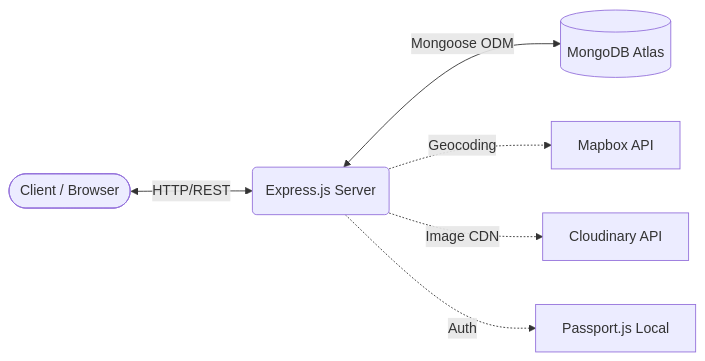
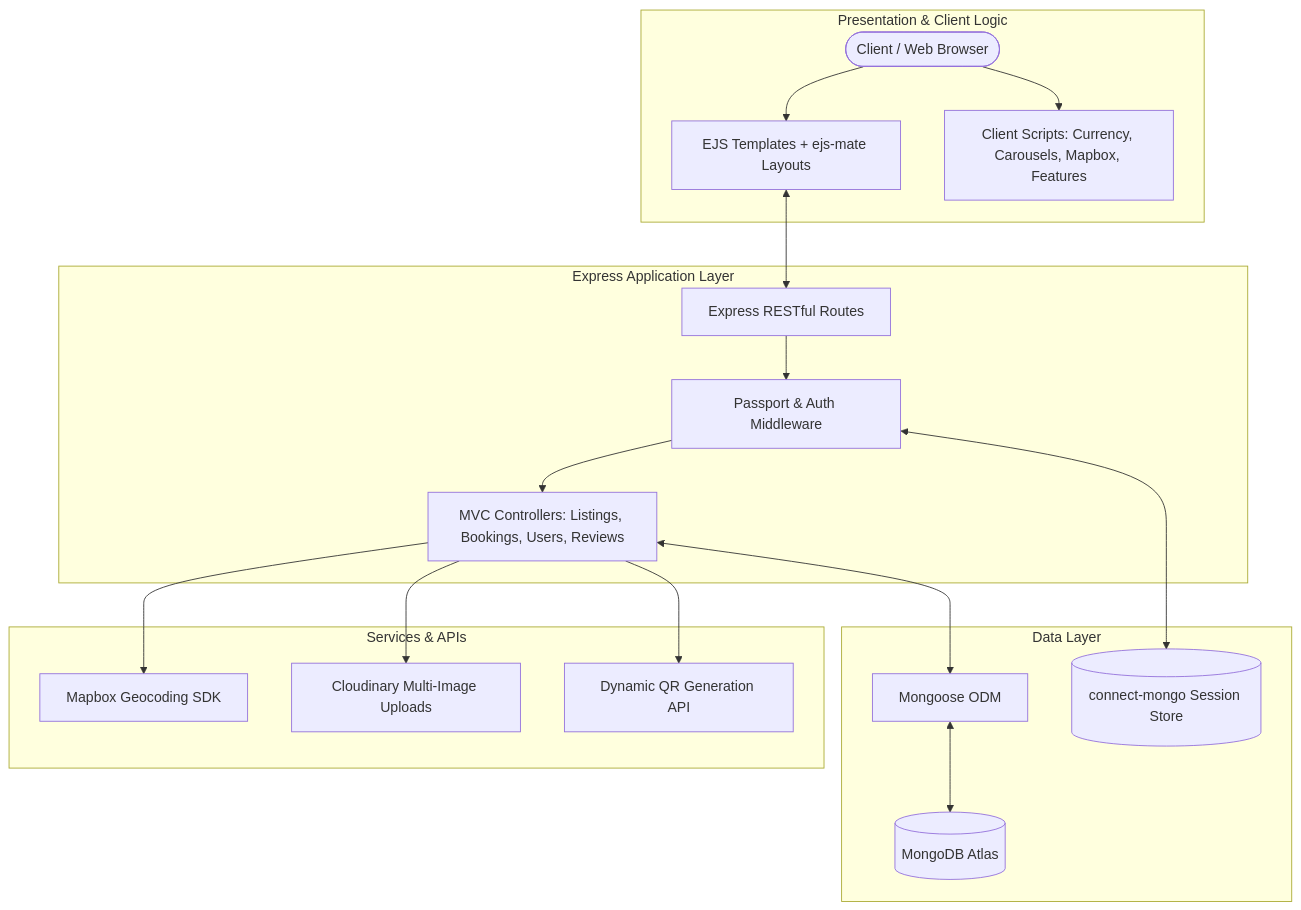
The diagram in README.md (sanskritig007/stayria), drawn with Mermaid before and after one commit. The commit also changed other lines of this file, not shown here.

Commit message:
Docs: Complete README revamp with flagship features, architecture & roadmap

````diff
--- a/README.md
+++ b/README.md
@@ -27,8 +71,27 @@
 ```mermaid
-graph LR
-    Client([Client / Browser]) <--> |HTTP/REST| Express(Express.js Server)
-    Express <--> |Mongoose ODM| DB[(MongoDB Atlas)]
-    Express -.-> |Geocoding| Mapbox[Mapbox API]
-    Express -.-> |Image CDN| Cloudinary[Cloudinary API]
-    Express -.-> |Auth| Passport[Passport.js Local]
+graph TD
+    Client([Client / Web Browser])
+
+    subgraph Presentation & Client Logic
+        Client --> EJS[EJS Templates + ejs-mate Layouts]
+        Client --> ClientJS[Client Scripts: Currency, Carousels, Mapbox, Features]
+    end
+
+    subgraph Express Application Layer
+        EJS <--> Routes[Express RESTful Routes]
+        Routes --> AuthMW[Passport & Auth Middleware]
+        AuthMW --> Controllers[MVC Controllers: Listings, Bookings, Users, Reviews]
+    end
+
+    subgraph Services & APIs
+        Controllers --> Geocoder[Mapbox Geocoding SDK]
+        Controllers --> CDN[Cloudinary Multi-Image Uploads]
+        Controllers --> QR[Dynamic QR Generation API]
+    end
+
+    subgraph Data Layer
+        Controllers <--> Mongoose[Mongoose ODM]
+        Mongoose <--> MongoDB[(MongoDB Atlas)]
+        AuthMW <--> SessionStore[(connect-mongo Session Store)]
+    end
 ```
````
